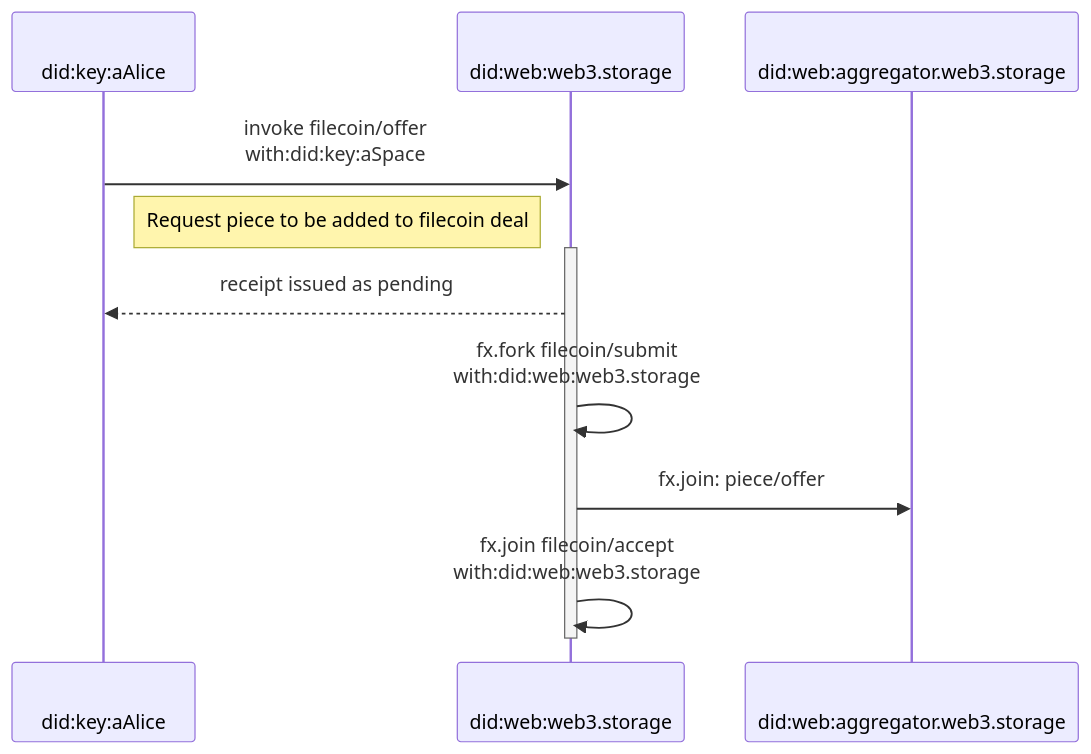
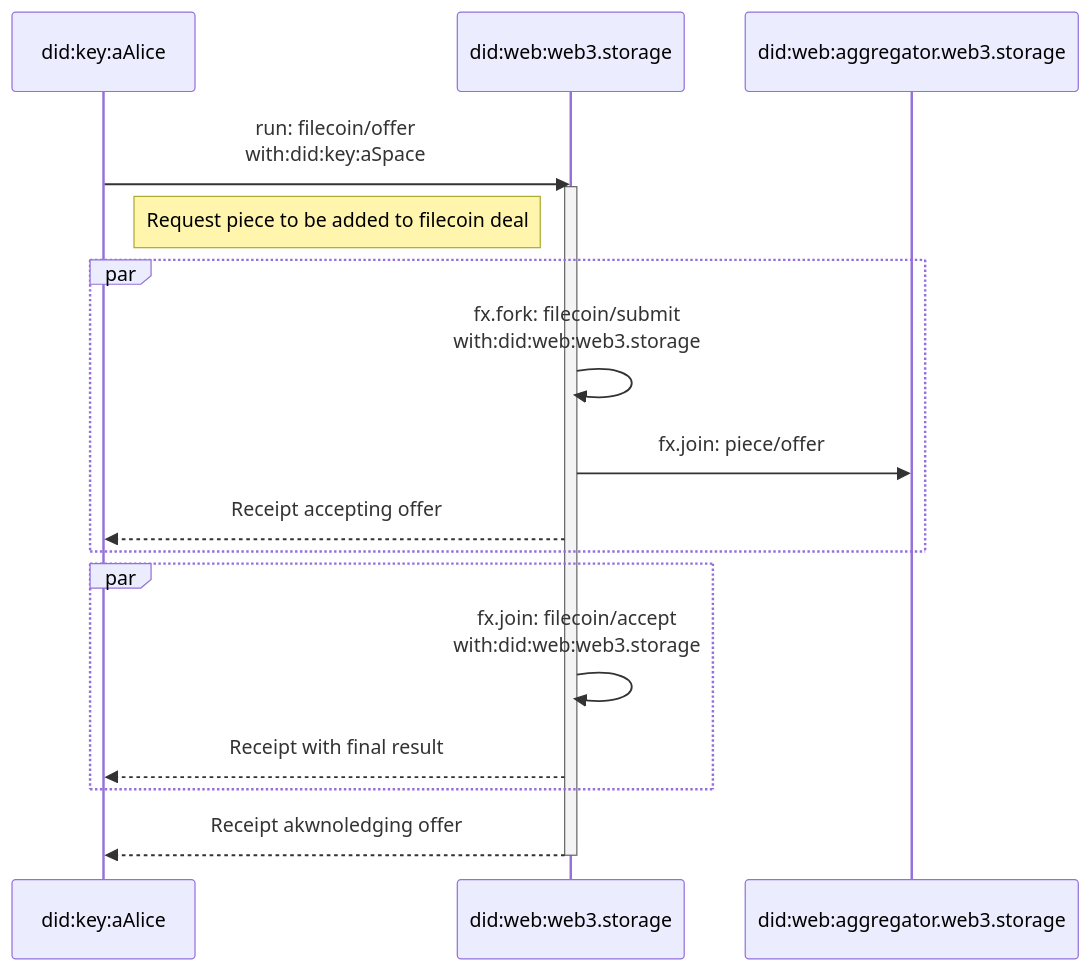
Before and after one commit to storacha/specs: the first of 4 diagrams in w3-filecoin.md, drawn with Mermaid. The commit also changed other lines of this file, not shown here.

Commit message:
feat: update per diagram

````diff
--- a/w3-filecoin.md
+++ b/w3-filecoin.md
@@ -121,21 +120,30 @@
 ```mermaid
 sequenceDiagram
-    participant Agent as <br/><br/>did:key:aAlice
-    participant Storefront as <br/><br/>did:web:web3.storage
-    participant Aggregator as <br/><br/>did:web:aggregator.web3.storage
+    participant Agent as <br/>did:key:aAlice<br/>
+    participant Storefront as <br/>did:web:web3.storage<br/>
+    participant Aggregator as <br/>did:web:aggregator.web3.storage<br/>
 
-    Agent->>Storefront: invoke filecoin/offer<br/>with:did:key:aSpace
+
+    Agent->>Storefront: run: filecoin/offer<br/>with:did:key:aSpace
+    Activate Storefront
     Note left of Storefront: Request piece to be added to filecoin deal
 
-
-    activate Storefront
-    Storefront-->>Agent: receipt issued as pending
-    Storefront->>Storefront: fx.fork filecoin/submit<br/>with:did:web:web3.storage
+    par
+    Storefront->>Storefront: fx.fork: filecoin/submit<br/>with:did:web:web3.storage
 
     Storefront->>Aggregator: fx.join: piece/offer
+    Storefront-->>Agent: Receipt accepting offer
+    end
+    par
 
-    Storefront->>Storefront: fx.join filecoin/accept <br/>with:did:web:web3.storage
+    Storefront->>Storefront: fx.join: filecoin/accept <br/>with:did:web:web3.storage
+    
+    Storefront-->>Agent: Receipt with final result
+    end
+
+    Storefront-->>Agent: Receipt akwnoledging offer
     deactivate Storefront
 
 
+
 ```
````
